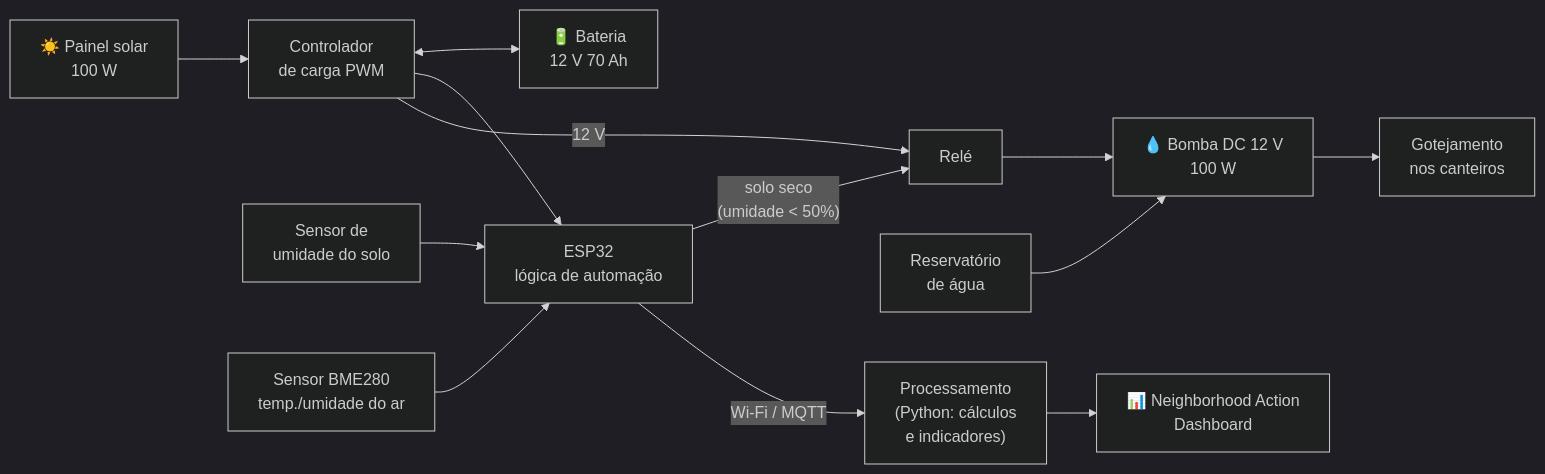
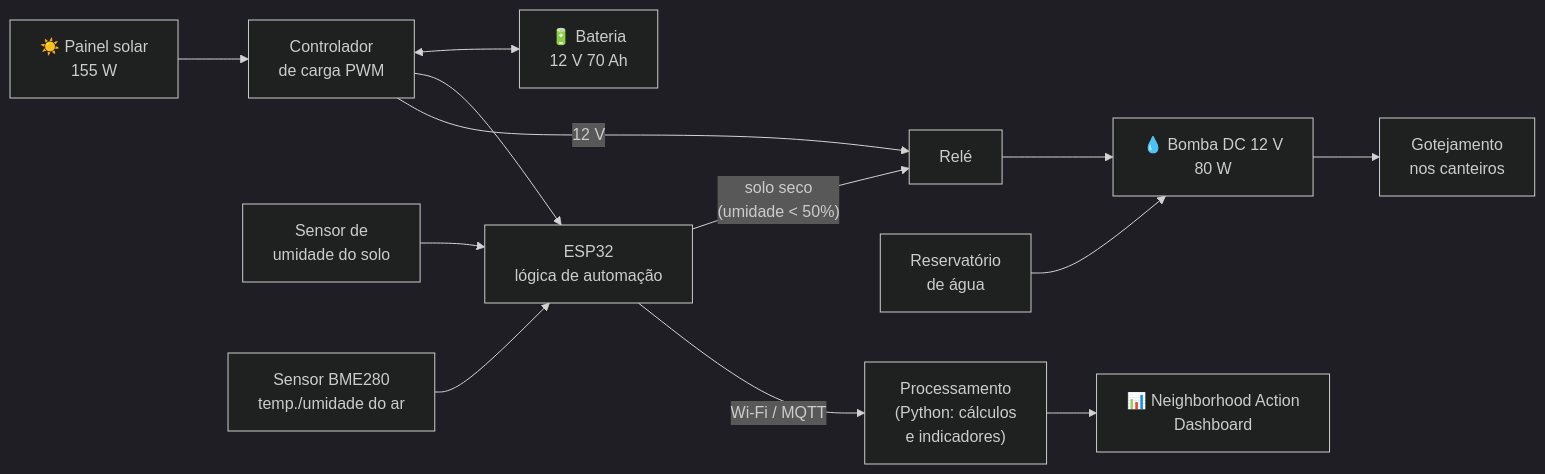
The diagram in README.md (Hitmontop45/gs-2026-2-sers-horta-solar), drawn with Mermaid (dark theme) before and after one commit. The commit also changed other lines of this file and 2 other files, not shown here.

First line of the commit message:
Atualiza preços (pesquisa em 2 lojas), bomba 80 W e painel 155 W

````diff
--- a/README.md
+++ b/README.md
@@ -111,18 +136,18 @@
 ```mermaid
 flowchart LR
-    SOL["☀️ Painel solar<br/>100 W"] --> CTRL["Controlador<br/>de carga PWM"]
+    SOL["☀️ Painel solar<br/>155 W"] --> CTRL["Controlador<br/>de carga PWM"]
     CTRL <--> BAT["🔋 Bateria<br/>12 V 70 Ah"]
     CTRL --> ESP["ESP32<br/>lógica de automação"]
 
     UMI["Sensor de<br/>umidade do solo"] --> ESP
     BME["Sensor BME280<br/>temp./umidade do ar"] --> ESP
 
     ESP -->|"solo seco<br/>(umidade < 50%)"| RELE["Relé"]
     CTRL -->|"12 V"| RELE
-    RELE --> BOMBA["💧 Bomba DC 12 V<br/>100 W"]
+    RELE --> BOMBA["💧 Bomba DC 12 V<br/>80 W"]
     CAIXA["Reservatório<br/>de água"] --> BOMBA
     BOMBA --> GOTA["Gotejamento<br/>nos canteiros"]
 
     ESP -->|"Wi-Fi / MQTT"| PROC["Processamento<br/>(Python: cálculos<br/>e indicadores)"]
     PROC --> DASH["📊 Neighborhood Action<br/>Dashboard"]
 ```
````
